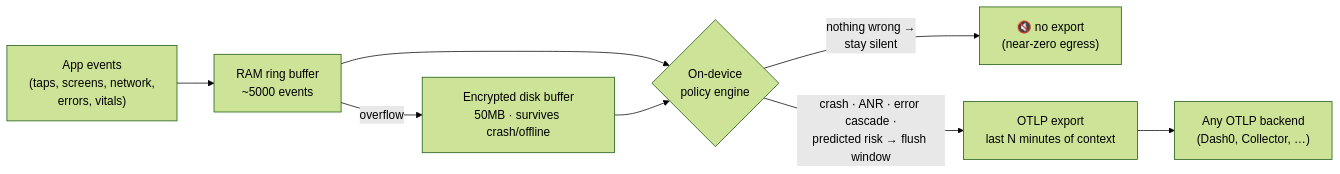
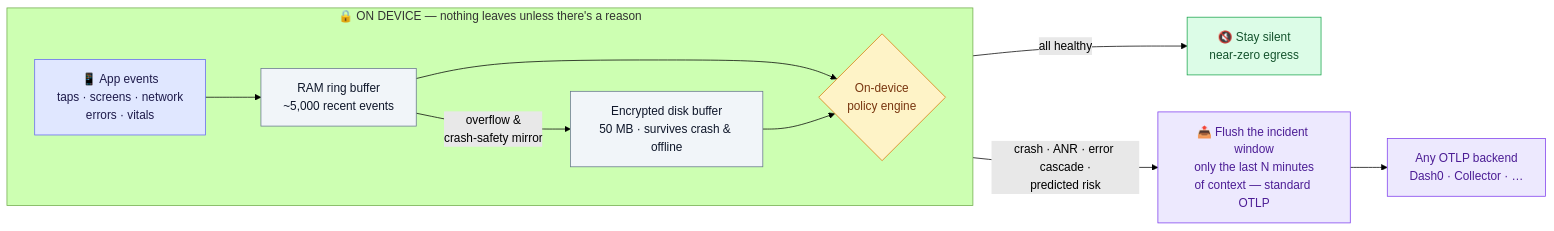
Before and after one commit to barrysolomon/mobile-otel: the first of 2 diagrams in README.md, drawn with Mermaid (forest theme). The commit also changed other lines of this file, not shown here.

Commit message:
docs: mark control-plane as private WIP; fix + enhance the 'one diagram' section
- Note the management-plane repo is a private work-in-progress, not yet
  usable by others (access available on request)
- Rewrite the diagram caption to reference box *contents* instead of opaque
  Mermaid node IDs (the old copy pointed at 'box B'/'box F', which never render)
- Enhance the flow diagram: add an on-device boundary subgraph and color-code
  the silent vs. incident-window-export paths

````diff
--- a/README.md
+++ b/README.md
@@ -19,10 +19,27 @@
 ```mermaid
 flowchart LR
-    A["App events<br/>(taps, screens, network,<br/>errors, vitals)"] --> B["RAM ring buffer<br/>~5000 events"]
-    B -->|overflow| C["Encrypted disk buffer<br/>50MB · survives crash/offline"]
-    B --> D{"On-device<br/>policy engine"}
-    C --> D
-    D -->|"nothing wrong →<br/>stay silent"| E["🔇 no export<br/>(near-zero egress)"]
-    D -->|"crash · ANR · error cascade ·<br/>predicted risk → flush window"| F["OTLP export<br/>last N minutes of context"]
-    F --> G["Any OTLP backend<br/>(Dash0, Collector, …)"]
+    APP["📱 App events<br/>taps · screens · network<br/>errors · vitals"]
+
+    subgraph device["🔒 ON DEVICE — nothing leaves unless there's a reason"]
+        direction LR
+        APP --> RAM["RAM ring buffer<br/>~5,000 recent events"]
+        RAM -->|"overflow &<br/>crash-safety mirror"| DISK["Encrypted disk buffer<br/>50 MB · survives crash & offline"]
+        RAM --> POLICY{"On-device<br/>policy engine"}
+        DISK --> POLICY
+    end
+
+    POLICY -->|"all healthy"| SILENT["🔇 Stay silent<br/>near-zero egress"]
+    POLICY -->|"crash · ANR · error cascade ·<br/>predicted risk"| EXPORT["📤 Flush the incident window<br/>only the last N minutes<br/>of context — standard OTLP"]
+    EXPORT --> BACKEND["Any OTLP backend<br/>Dash0 · Collector · …"]
+
+    classDef capture fill:#e0e7ff,stroke:#6366f1,color:#1e1b4b;
+    classDef buffer fill:#f1f5f9,stroke:#64748b,color:#0f172a;
+    classDef decision fill:#fef3c7,stroke:#d97706,color:#78350f;
+    classDef silent fill:#dcfce7,stroke:#16a34a,color:#14532d;
+    classDef export fill:#ede9fe,stroke:#7c3aed,color:#4c1d95;
+    class APP capture;
+    class RAM,DISK buffer;
+    class POLICY decision;
+    class SILENT silent;
+    class EXPORT,BACKEND export;
 ```
````
